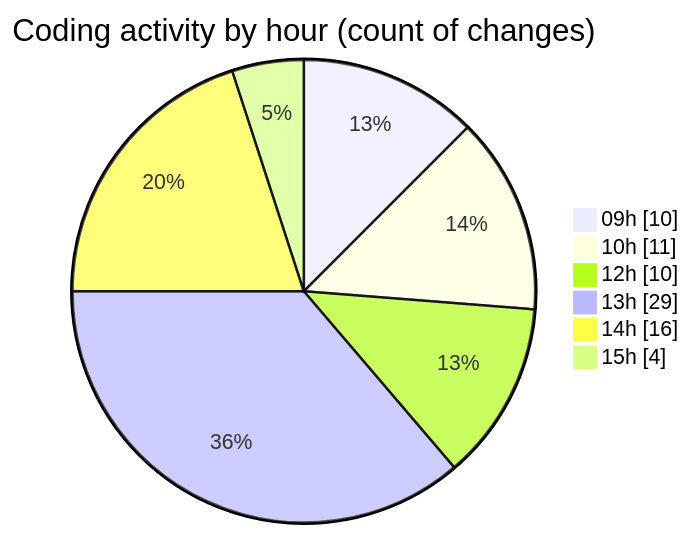
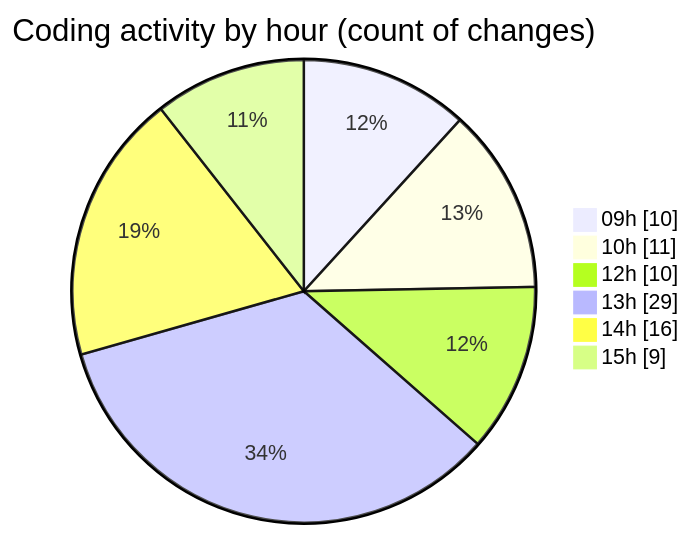
One commit to momahboobian/code-tracking changed the second of 2 diagrams in 2025-09-12/cda/README.md. Above: the diagram before and after it, drawn with Mermaid. The commit also changed other lines of this file and 1 other file, not shown here.

````diff
--- a/2025-09-12/cda/README.md
+++ b/2025-09-12/cda/README.md
@@ -44,10 +44,10 @@
 ```mermaid
 pie showData
 title Coding activity by hour (count of changes)
 "09h" : 10
 "10h" : 11
 "12h" : 10
 "13h" : 29
 "14h" : 16
-"15h" : 4
+"15h" : 9
 ```
````
